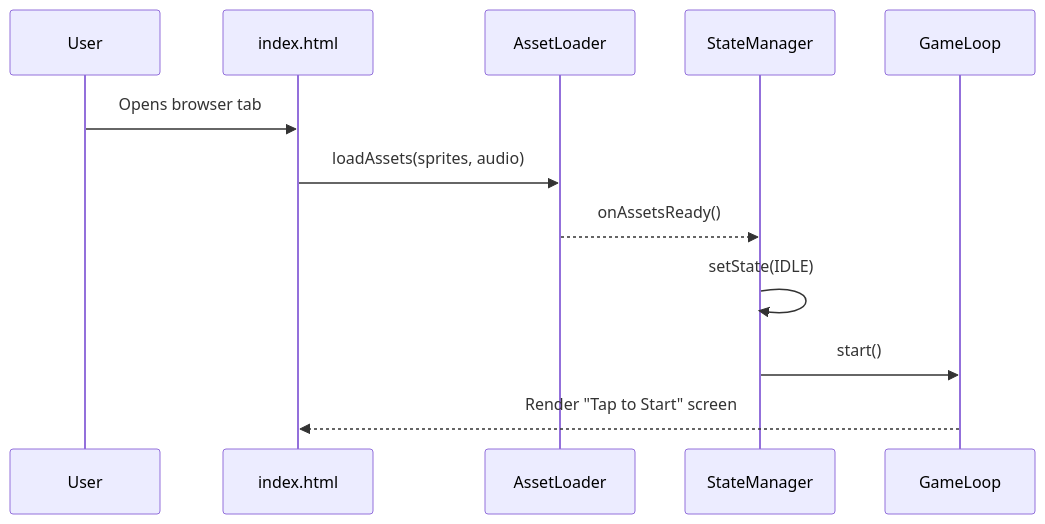
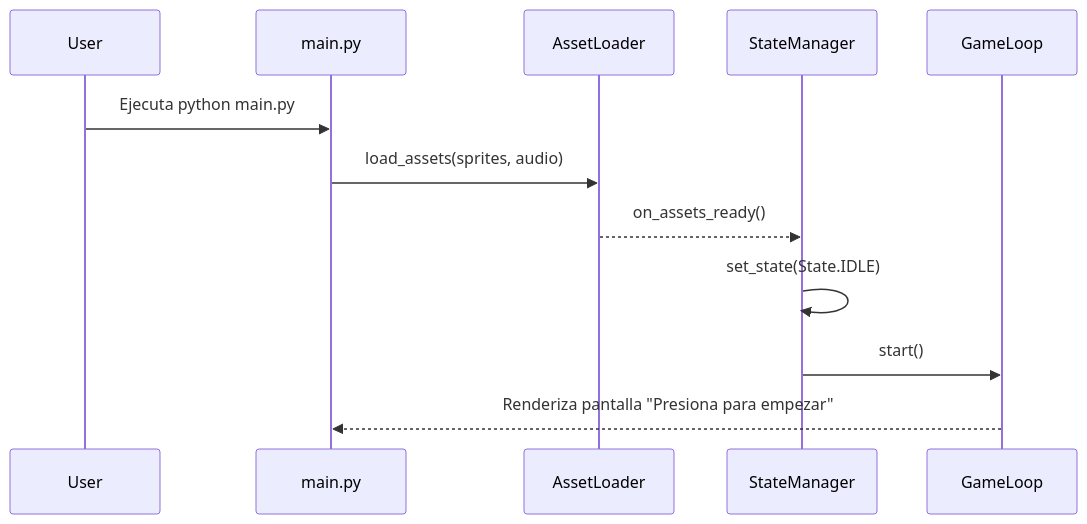
One commit to RnnoSd/kiro-introduction changed the second of 4 diagrams in .kiro/specs/kiro-endless-runner/design.md. Above: the diagram before and after it, drawn with Mermaid. The commit also changed other lines of this file, not shown here.

Commit message:
cambio de design.md a python

````diff
--- a/.kiro/specs/kiro-endless-runner/design.md
+++ b/.kiro/specs/kiro-endless-runner/design.md
@@ -55,15 +53,15 @@
 ```mermaid
 sequenceDiagram
     participant User
-    participant HTML as index.html
+    participant main as main.py
     participant AL as AssetLoader
     participant SM as StateManager
     participant GL as GameLoop
 
-    User->>HTML: Opens browser tab
-    HTML->>AL: loadAssets(sprites, audio)
-    AL-->>SM: onAssetsReady()
-    SM->>SM: setState(IDLE)
+    User->>main: Ejecuta python main.py
+    main->>AL: load_assets(sprites, audio)
+    AL-->>SM: on_assets_ready()
+    SM->>SM: set_state(State.IDLE)
     SM->>GL: start()
-    GL-->>HTML: Render "Tap to Start" screen
+    GL-->>main: Renderiza pantalla "Presiona para empezar"
 ```
````
